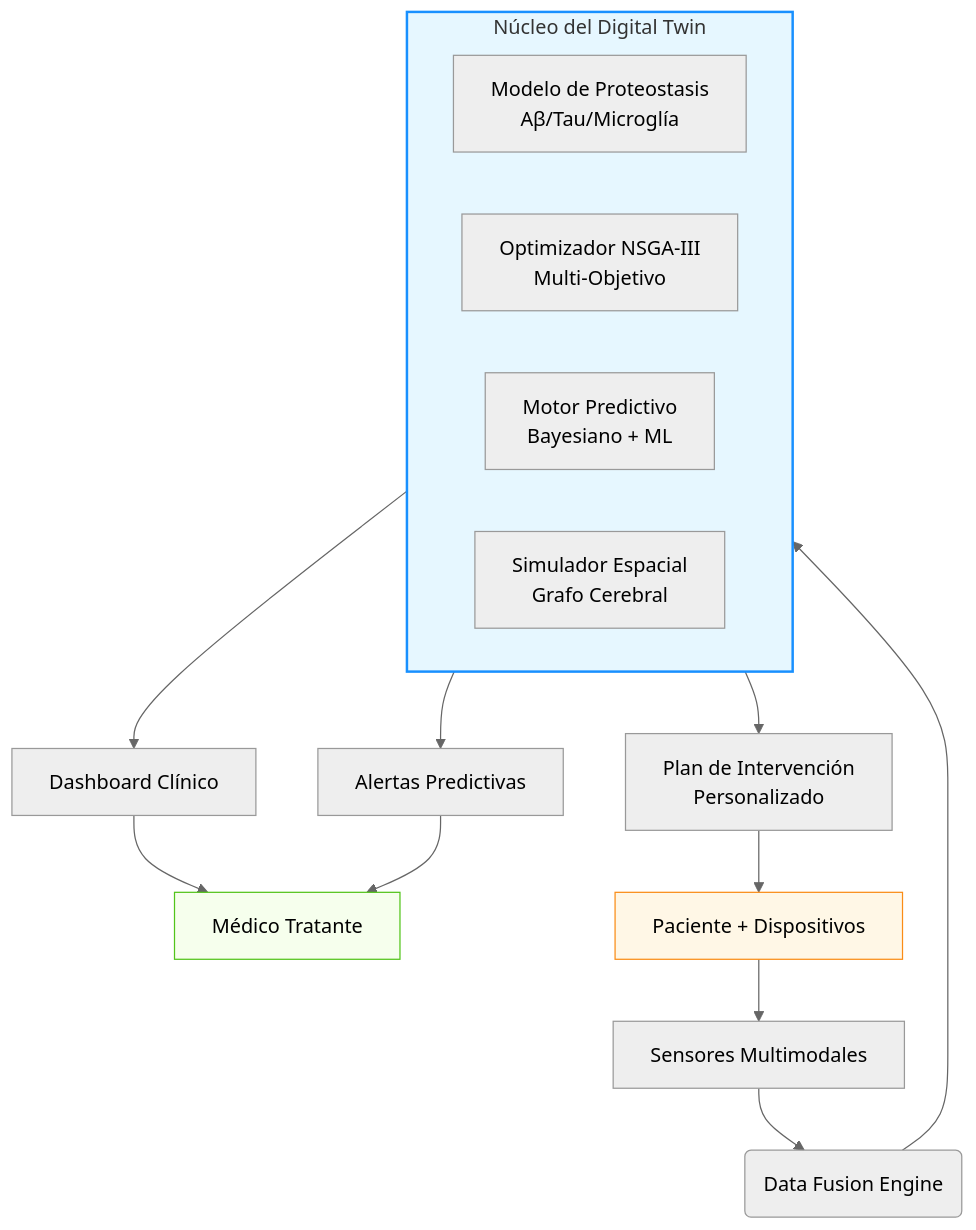
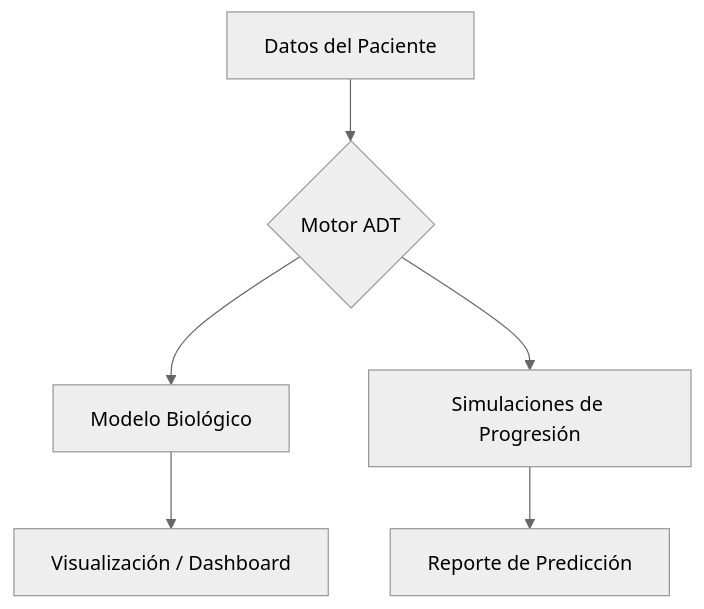
One commit to rikechacon/alzheimer-digital-twin changed the diagram in README.md. Above: the diagram before and after it, drawn with Mermaid (neutral theme). The commit also changed other lines of this file and 13 other files, not shown here.

````diff
--- a/README.md
+++ b/README.md
@@ -42,25 +6,8 @@
 ```mermaid
-flowchart TD
-    A[Sensores Multimodales] --> B(Data Fusion Engine)
-    B --> C{Alzheimer Digital Twin}
-    
-    subgraph C [Núcleo del Digital Twin]
-        C1[Modelo de Proteostasis<br>Aβ/Tau/Microglía]
-        C2[Optimizador NSGA-III<br>Multi-Objetivo]
-        C3[Motor Predictivo<br>Bayesiano + ML]
-        C4[Simulador Espacial<br>Grafo Cerebral]
-    end
-    
-    C --> D[Dashboard Clínico]
-    C --> E[Alertas Predictivas]
-    C --> F[Plan de Intervención<br>Personalizado]
-    
-    D --> G[Médico Tratante]
-    E --> G
-    F --> H[Paciente + Dispositivos]
-    H --> A
-    
-    style C fill:#e6f7ff,stroke:#1890ff,stroke-width:2px
-    style G fill:#f6ffed,stroke:#52c41a
-    style H fill:#fff7e6,stroke:#fa8c16
+graph TD
+    A[Datos del Paciente] --> B{Motor ADT}
+    B --> C[Modelo Biológico]
+    B --> D[Simulaciones de Progresión]
+    C --> E[Visualización / Dashboard]
+    D --> F[Reporte de Predicción]
 ```
````
